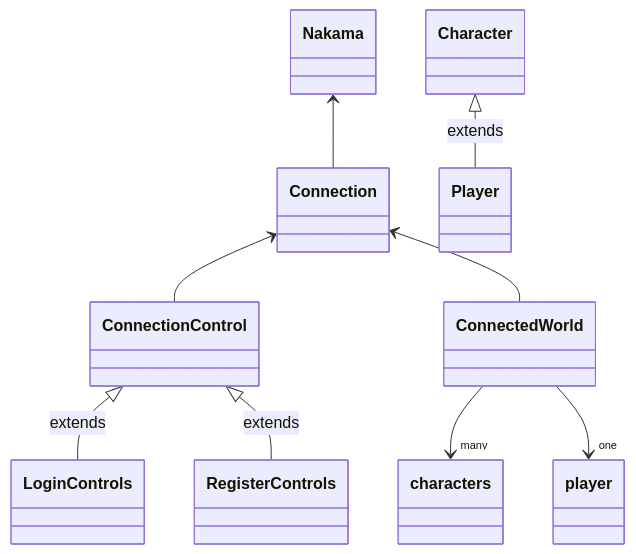
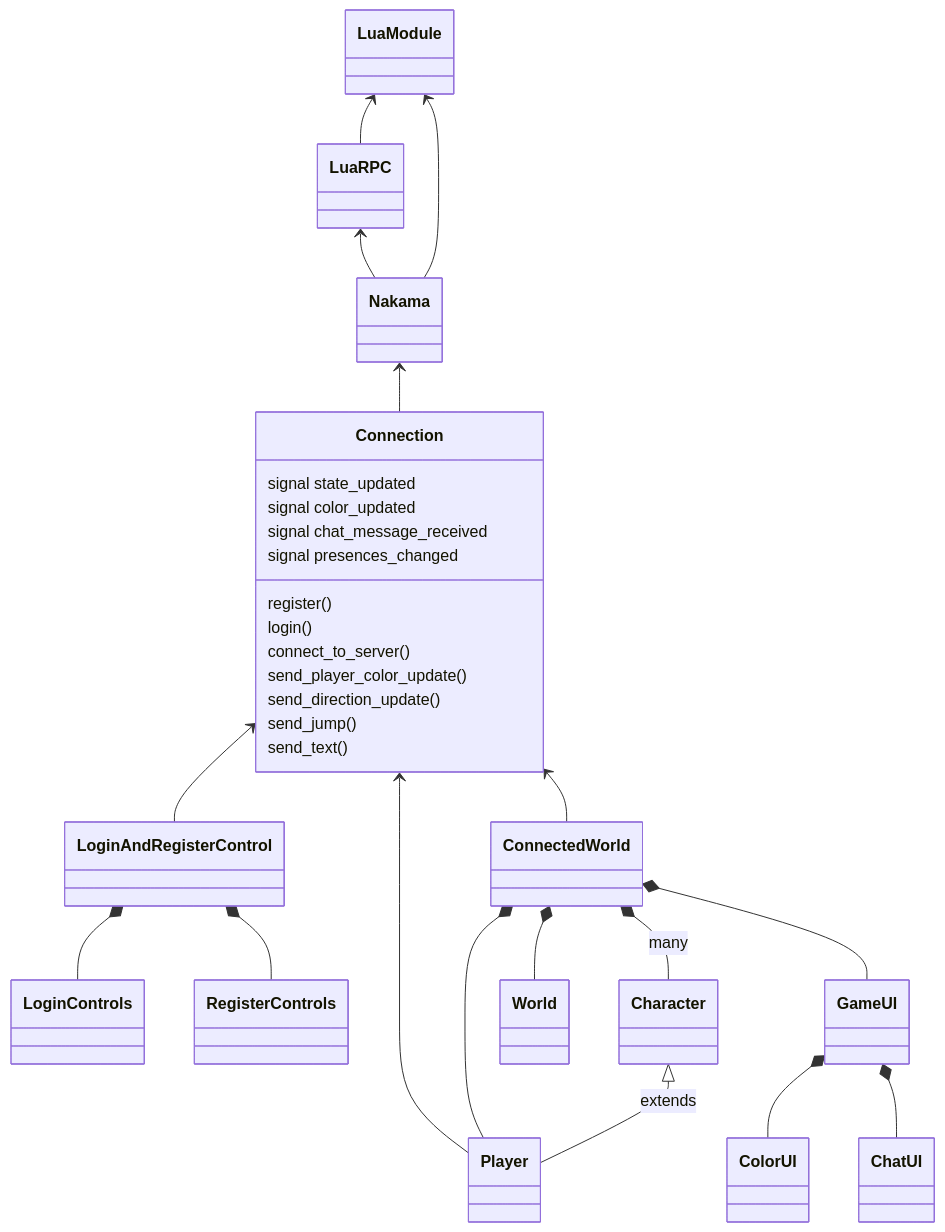
Before and after one commit to heroiclabs/nakama-godot-demo: the diagram in classes.mmd, drawn with Mermaid. The commit also changed 10 other files, not shown here.

```diff
--- a/classes.mmd
+++ b/classes.mmd
@@ -1,14 +1,39 @@
 classDiagram
+	Lua Module <-- Lua RPC
+	
+	Lua Module <-- Nakama
+	
+	Lua RPC <-- Nakama
 	Nakama <-- Connection
 	
-	ConnectionControl <|-- LoginControls : extends
-	ConnectionControl <|-- RegisterControls : extends
+	LoginAndRegisterControl *-- LoginControls
+	LoginAndRegisterControl *-- RegisterControls
 	
-	Connection <-- ConnectionControl
+	Connection <-- LoginAndRegisterControl
 	
 	Character <|-- Player : extends
 	
 	Connection <-- ConnectedWorld
 	
-	ConnectedWorld --> "many" characters
-	ConnectedWorld --> "one" player
+	Connection: register()
+	Connection: login()
+	Connection: connect_to_server()
+	Connection: send_player_color_update()
+	Connection: send_direction_update()
+	Connection: send_jump()
+	Connection: send_text()
+	Connection: signal state_updated
+	Connection: signal color_updated
+	Connection: signal chat_message_received
+	Connection: signal presences_changed
+	
+	ConnectedWorld *-- Character : many
+	ConnectedWorld *-- Player
+	
+	ConnectedWorld *-- GameUI
+	ConnectedWorld *-- World
+	
+	Connection <-- Player
+	
+	GameUI *-- ColorUI
+	GameUI *-- ChatUI
```
